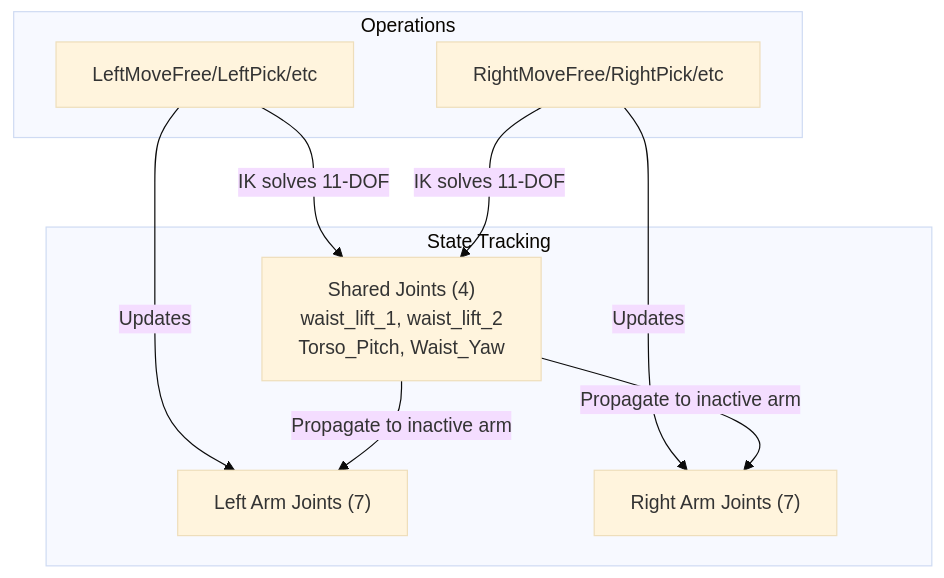
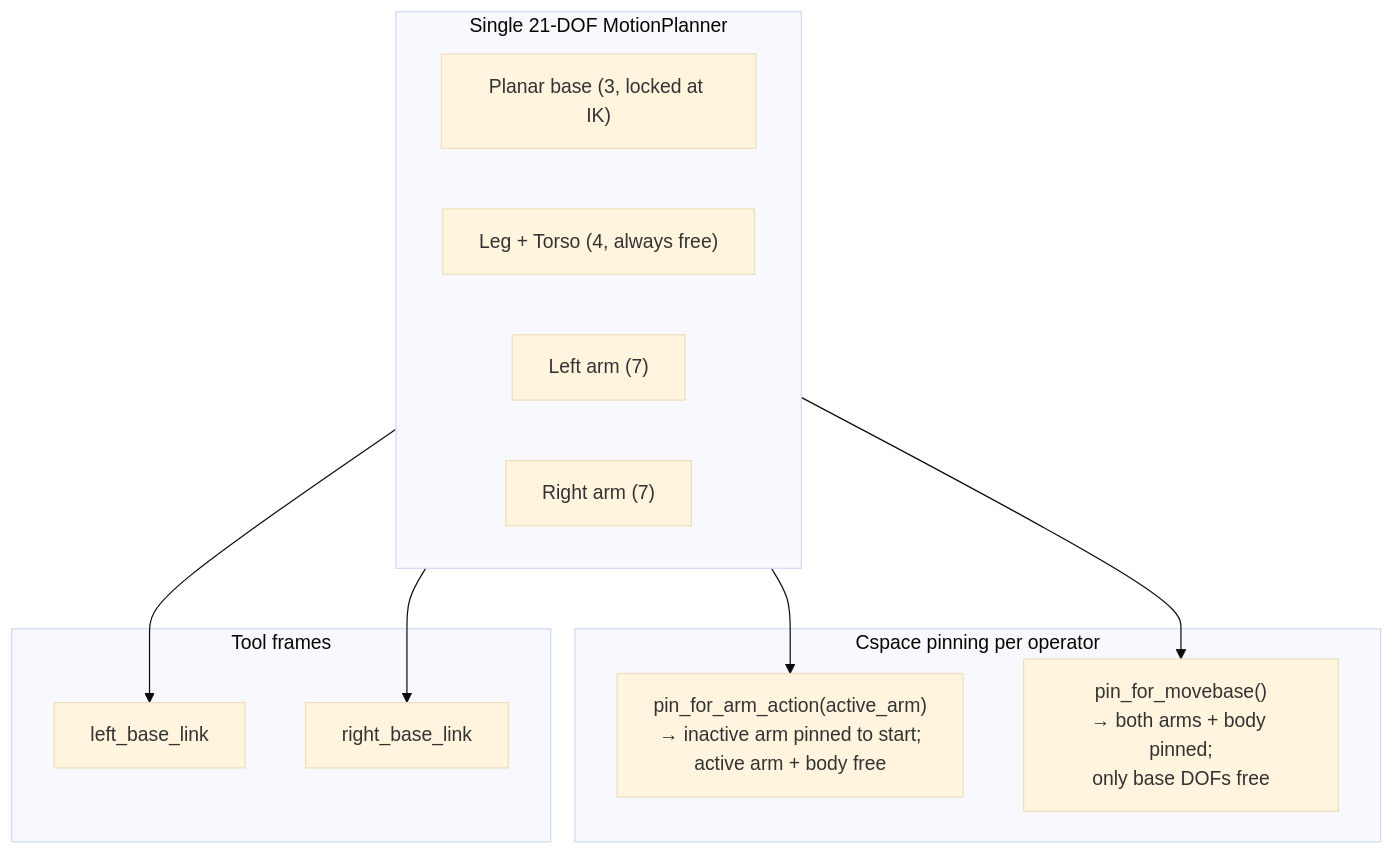
One commit to helpYoon/cuTAMP changed the diagram in README.md. Above: the diagram before and after it, drawn with Mermaid (base theme). The commit also changed other lines of this file and 159 other files, not shown here.

````diff
--- a/README.md
+++ b/README.md
@@ -11,21 +31,24 @@
 ```mermaid
 graph TD
-    subgraph StateTracking [State Tracking]
-        SharedJoints["Shared Joints (4)<br/>waist_lift_1, waist_lift_2<br/>Torso_Pitch, Waist_Yaw"]
-        LeftArm["Left Arm Joints (7)"]
-        RightArm["Right Arm Joints (7)"]
+    subgraph Planner [Single 21-DOF MotionPlanner]
+        Base["Planar base (3, locked at IK)"]
+        Body["Leg + Torso (4, always free)"]
+        L["Left arm (7)"]
+        R["Right arm (7)"]
     end
-    
-    subgraph Operations [Operations]
-        LeftOp[LeftMoveFree/LeftPick/etc]
-        RightOp[RightMoveFree/RightPick/etc]
+
+    subgraph Pinning [Cspace pinning per operator]
+        ArmOp["pin_for_arm_action(active_arm)<br/>→ inactive arm pinned to start;<br/>active arm + body free"]
+        Nav["pin_for_movebase()<br/>→ both arms + body pinned;<br/>only base DOFs free"]
     end
-    
-    LeftOp -->|"IK solves 11-DOF"| SharedJoints
-    LeftOp -->|"Updates"| LeftArm
-    RightOp -->|"IK solves 11-DOF"| SharedJoints
-    RightOp -->|"Updates"| RightArm
-    
-    SharedJoints -->|"Propagate to inactive arm"| LeftArm
-    SharedJoints -->|"Propagate to inactive arm"| RightArm
+
+    subgraph Tools [Tool frames]
+        LT["left_base_link"]
+        RT["right_base_link"]
+    end
+
+    Planner --> ArmOp
+    Planner --> Nav
+    Planner --> LT
+    Planner --> RT
 ```
````
